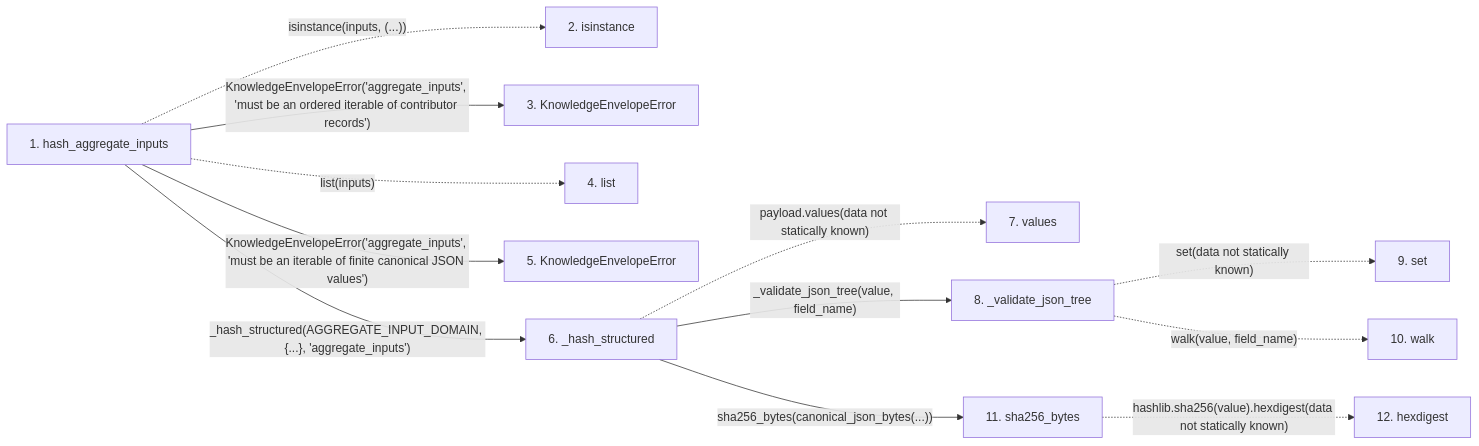
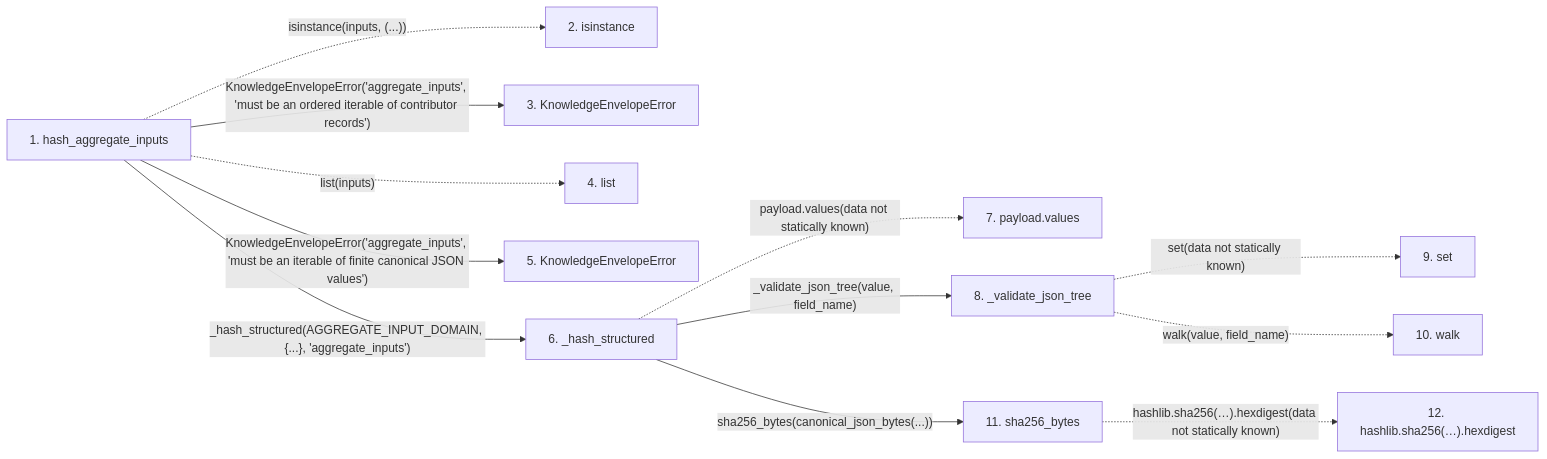
The second of 2 diagrams in docs/llm_wiki/flows/api-hash_aggregate_inputs.md (Denissvgn/python-wiki-llm), drawn with Mermaid before and after one commit. The commit also changed other lines of this file and 719 other files, not shown here.

````diff
--- a/docs/llm_wiki/flows/api-hash_aggregate_inputs.md
+++ b/docs/llm_wiki/flows/api-hash_aggregate_inputs.md
@@ -50,32 +50,32 @@
 ```mermaid
 flowchart LR
     s1["1. hash_aggregate_inputs"]
     s2["2. isinstance"]
     s3["3. KnowledgeEnvelopeError"]
     s4["4. list"]
     s5["5. KnowledgeEnvelopeError"]
     s6["6. _hash_structured"]
-    s7["7. values"]
+    s7["7. payload.values"]
     s8["8. _validate_json_tree"]
     s9["9. set"]
     s10["10. walk"]
     s11["11. sha256_bytes"]
-    s12["12. hexdigest"]
+    s12["12. hashlib.sha256(…).hexdigest"]
     s1 -. "isinstance(inputs, (...))" .-> s2
     s1 -->|"KnowledgeEnvelopeError('aggregate_inputs', 'must be an ordered iterable of contributor records')"| s3
     s1 -. "list(inputs)" .-> s4
     s1 -->|"KnowledgeEnvelopeError('aggregate_inputs', 'must be an iterable of finite canonical JSON values')"| s5
     s1 -->|"_hash_structured(AGGREGATE_INPUT_DOMAIN, {...}, 'aggregate_inputs')"| s6
     s6 -. "payload.values(data not statically known)" .-> s7
     s6 -->|"_validate_json_tree(value, field_name)"| s8
     s8 -. "set(data not statically known)" .-> s9
     s8 -. "walk(value, field_name)" .-> s10
     s6 -->|"sha256_bytes(canonical_json_bytes(...))"| s11
-    s11 -. "hashlib.sha256(value).hexdigest(data not statically known)" .-> s12
+    s11 -. "hashlib.sha256(…).hexdigest(data not statically known)" .-> s12
     click s1 "../modules/knowledge_envelope.md"
     click s3 "../modules/knowledge_envelope.md"
     click s5 "../modules/knowledge_envelope.md"
     click s6 "../modules/knowledge_envelope.md"
     click s8 "../modules/knowledge_envelope.md"
     click s11 "../modules/knowledge_evidence.md"
 ```
````
